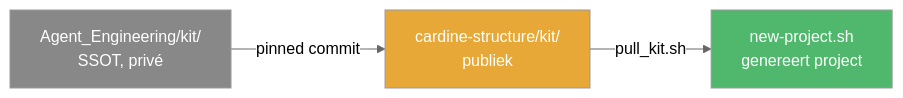
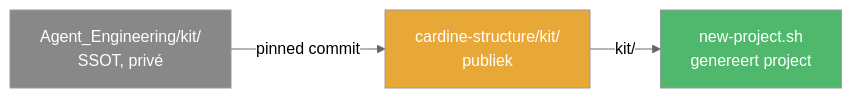
The diagram in packages/structure/README.md (Lennaertds/cardine), drawn with Mermaid (neutral theme) before and after one commit. The commit also changed other lines of this file and 414 other files, not shown here.

````diff
--- a/packages/structure/README.md
+++ b/packages/structure/README.md
@@ -154,8 +154,8 @@
 ```mermaid
 graph LR
     AE[Agent_Engineering/kit/<br>SSOT, privé] -->|pinned commit| CS[cardine-structure/kit/<br>publiek]
-    CS -->|pull_kit.sh| NP[new-project.sh<br>genereert project]
+    CS -->|kit/| NP[new-project.sh<br>genereert project]
     style AE fill:#888,color:#fff
     style CS fill:#e8a838,color:#fff
     style NP fill:#50b86c,color:#fff
 ```
````
